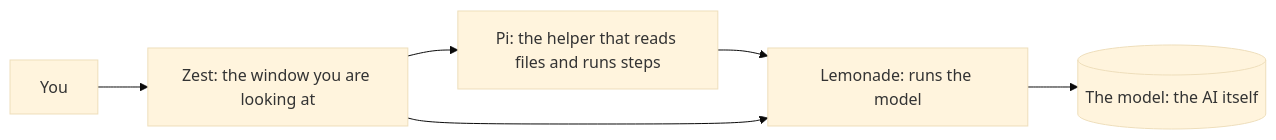
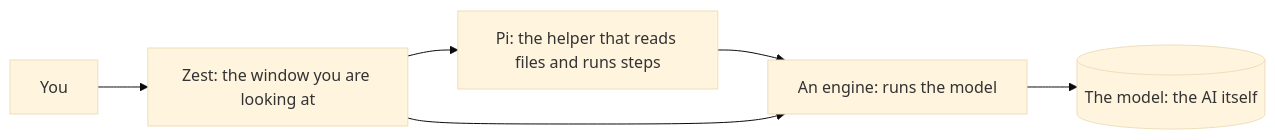
One commit to yudhanjaya/Shoggoth changed the diagram in zest/docs.md. Above: the diagram before and after it, drawn with Mermaid (base theme). The commit also changed other lines of this file and 3 other files, not shown here.

````diff
--- a/zest/docs.md
+++ b/zest/docs.md
@@ -17,8 +17,8 @@
 ```mermaid
 flowchart LR
     you["You"] --> zest["Zest: the window you are looking at"]
     zest --> pi["Pi: the helper that reads files and runs steps"]
-    pi --> lem["Lemonade: runs the model"]
-    zest --> lem
-    lem --> model[("The model: the AI itself")]
+    pi --> eng["An engine: runs the model"]
+    zest --> eng
+    eng --> model[("The model: the AI itself")]
 ```
````
